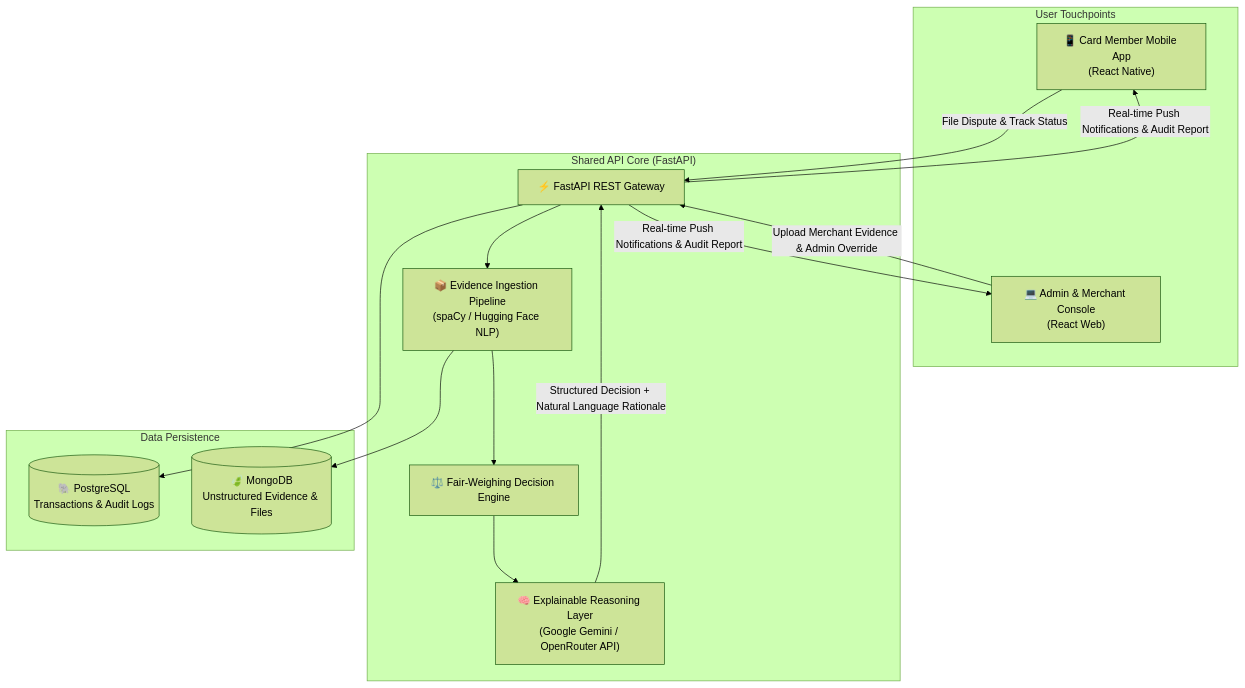
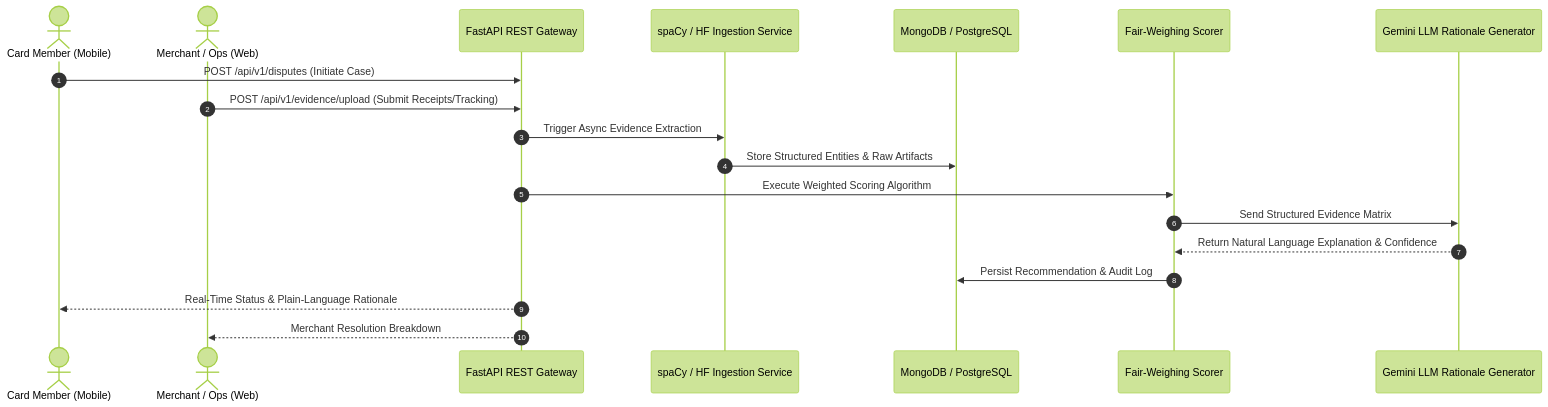
One commit to AchyutPathak30/VerdictAI changed the diagram in README.md. Above: the diagram before and after it, drawn with Mermaid (forest theme). The commit also changed other lines of this file, not shown here.

````diff
--- a/README.md
+++ b/README.md
@@ -31,31 +49,22 @@
 ```mermaid
-flowchart TD
-    subgraph Clients["User Touchpoints"]
-        CM["📱 Card Member Mobile App\n(React Native)"]
-        ADM["💻 Admin & Merchant Console\n(React Web)"]
-    end
+sequenceDiagram
+    autonumber
+    actor CM as Card Member (Mobile)
+    actor MER as Merchant / Ops (Web)
+    participant API as FastAPI REST Gateway
+    participant NLP as spaCy / HF Ingestion Service
+    participant DB as MongoDB / PostgreSQL
+    participant ENGINE as Fair-Weighing Scorer
+    participant XAI as Gemini LLM Rationale Generator
 
-    subgraph Backend["Shared API Core (FastAPI)"]
-        API["⚡ FastAPI REST Gateway"]
-        EVI["📦 Evidence Ingestion Pipeline\n(spaCy / Hugging Face NLP)"]
-        SCORER["⚖️ Fair-Weighing Decision Engine"]
-        XAI["🧠 Explainable Reasoning Layer\n(Google Gemini / OpenRouter API)"]
-    end
-
-    subgraph Storage["Data Persistence"]
-        PG[(🐘 PostgreSQL\nTransactions & Audit Logs)]
-        MONGO[(🍃 MongoDB\nUnstructured Evidence & Files)]
-    end
-
-    CM -->|File Dispute & Track Status| API
-    ADM -->|Upload Merchant Evidence & Admin Override| API
-
-    API --> EVI
-    EVI --> MONGO
-    API --> PG
-
-    EVI --> SCORER
-    SCORER --> XAI
-    XAI -->|Structured Decision + Natural Language Rationale| API
-    API -->|Real-time Push Notifications & Audit Report| CM & ADM
+    CM->>API: POST /api/v1/disputes (Initiate Case)
+    MER->>API: POST /api/v1/evidence/upload (Submit Receipts/Tracking)
+    API->>NLP: Trigger Async Evidence Extraction
+    NLP->>DB: Store Structured Entities & Raw Artifacts
+    API->>ENGINE: Execute Weighted Scoring Algorithm
+    ENGINE->>XAI: Send Structured Evidence Matrix
+    XAI-->>ENGINE: Return Natural Language Explanation & Confidence
+    ENGINE->>DB: Persist Recommendation & Audit Log
+    API-->>CM: Real-Time Status & Plain-Language Rationale
+    API-->>MER: Merchant Resolution Breakdown
 ```
````
